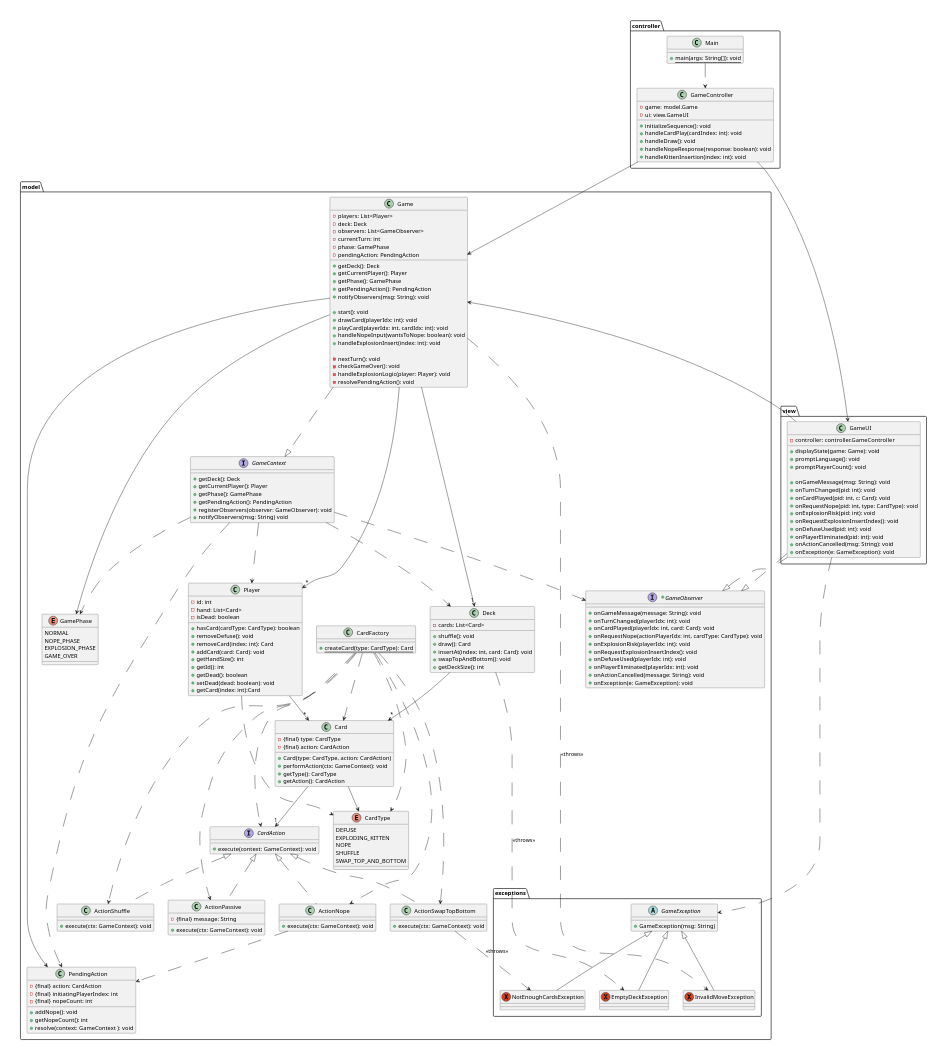
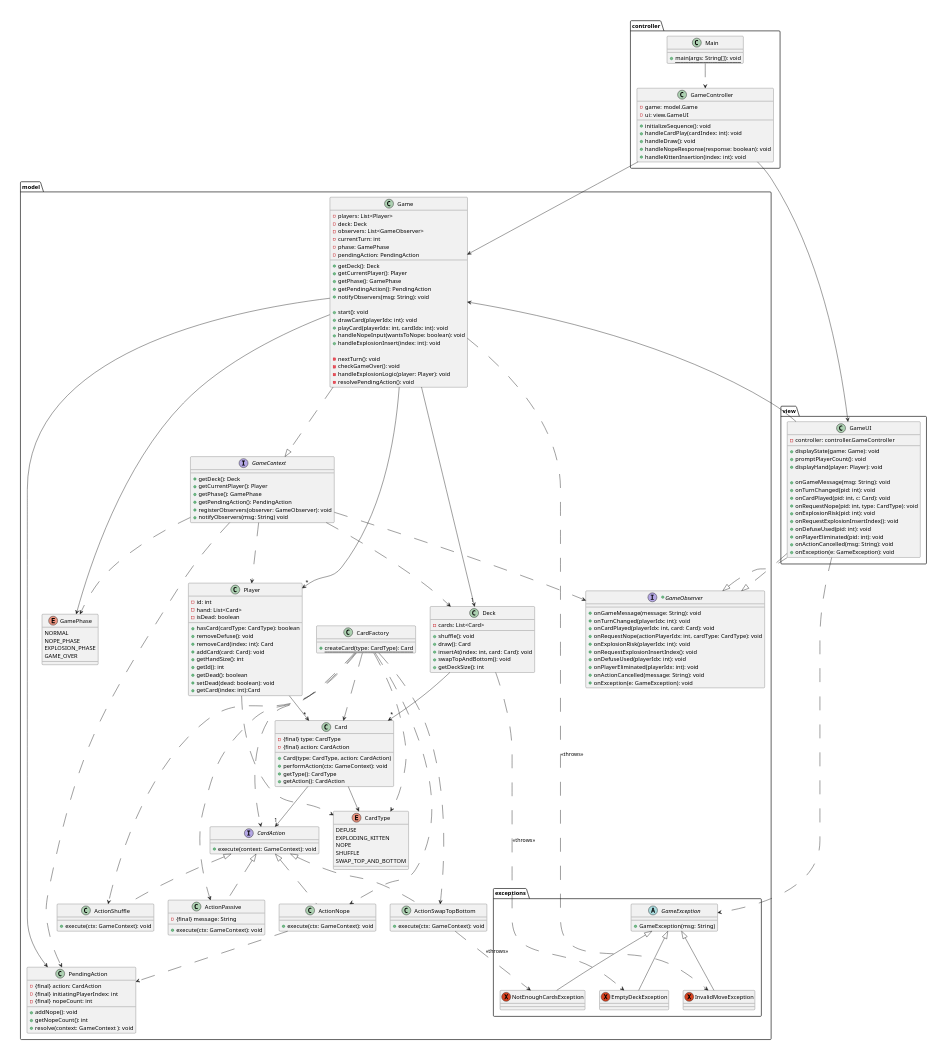
Before and after one commit to nu-cs-sw-design/project-20252601-396_final: the diagram in docs/design/design.puml, drawn with PlantUML. The commit also changed 2 other files, not shown here.

Commit message:
REFACTOR: refactored gameUI for better usability, added showing player hand

```diff
--- a/docs/design/design.puml
+++ b/docs/design/design.puml
@@ -151,8 +151,8 @@
         -controller: controller.GameController
 
         +displayState(game: Game): void
-        +promptLanguage(): void
         +promptPlayerCount(): void
+        +displayHand(player: Player): void
 
         +onGameMessage(msg: String): void
         +onTurnChanged(pid: int): void
```
